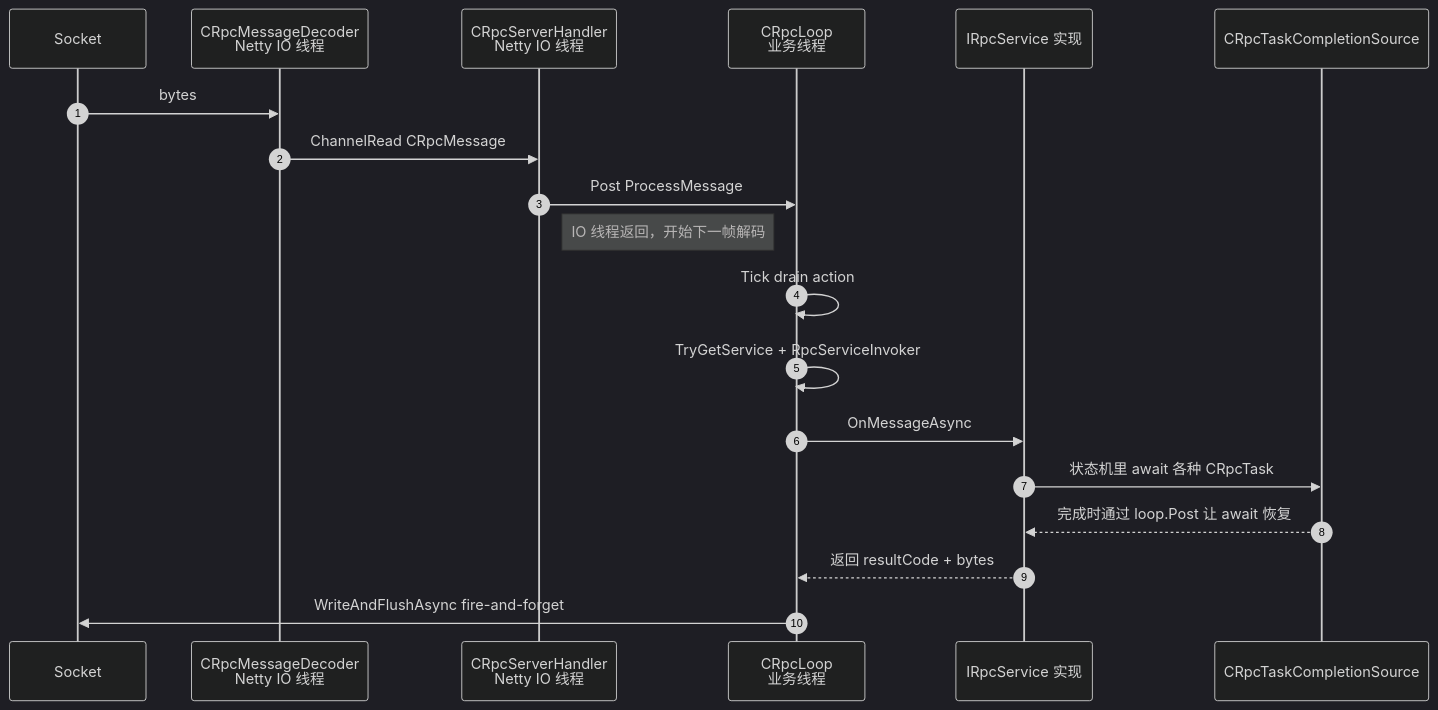
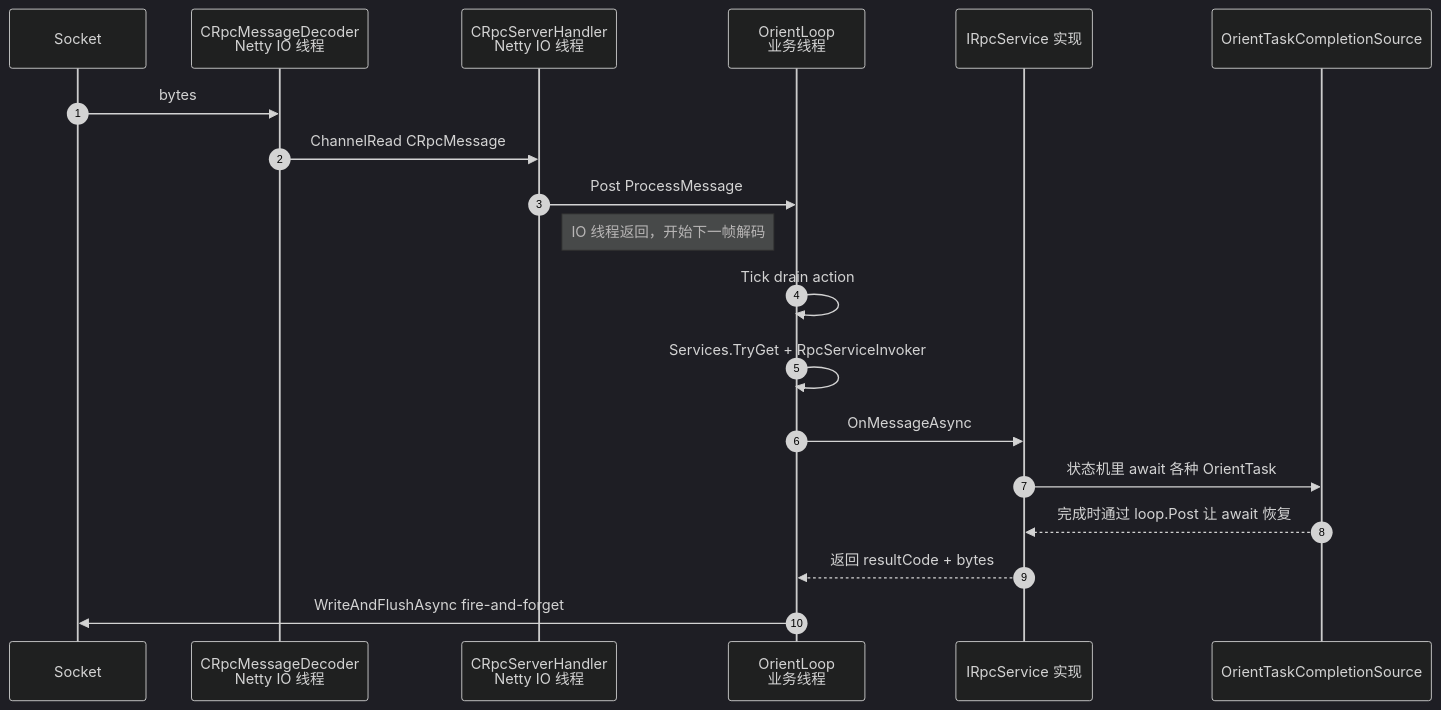
One commit to orientye/orientdotnet changed the second of 5 diagrams in Doc/architecture-draft.md. Above: the diagram before and after it, drawn with Mermaid (dark theme). The commit also changed other lines of this file, not shown here.

````diff
--- a/Doc/architecture-draft.md
+++ b/Doc/architecture-draft.md
@@ -665,22 +677,22 @@
 ```mermaid
 sequenceDiagram
     autonumber
     participant Net as Socket
     participant Dec as CRpcMessageDecoder<br/>Netty IO 线程
     participant SH as CRpcServerHandler<br/>Netty IO 线程
-    participant BizLoop as CRpcLoop<br/>业务线程
+    participant BizLoop as OrientLoop<br/>业务线程
     participant Svc as IRpcService 实现
-    participant TCS as CRpcTaskCompletionSource
+    participant TCS as OrientTaskCompletionSource
 
     Net->>Dec: bytes
     Dec->>SH: ChannelRead CRpcMessage
     SH->>BizLoop: Post ProcessMessage
     Note right of SH: IO 线程返回，开始下一帧解码
     BizLoop->>BizLoop: Tick drain action
-    BizLoop->>BizLoop: TryGetService + RpcServiceInvoker
+    BizLoop->>BizLoop: Services.TryGet + RpcServiceInvoker
     BizLoop->>Svc: OnMessageAsync
-    Svc->>TCS: 状态机里 await 各种 CRpcTask
+    Svc->>TCS: 状态机里 await 各种 OrientTask
     TCS-->>Svc: 完成时通过 loop.Post 让 await 恢复
     Svc-->>BizLoop: 返回 resultCode + bytes
     BizLoop->>Net: WriteAndFlushAsync fire-and-forget
 ```
````
